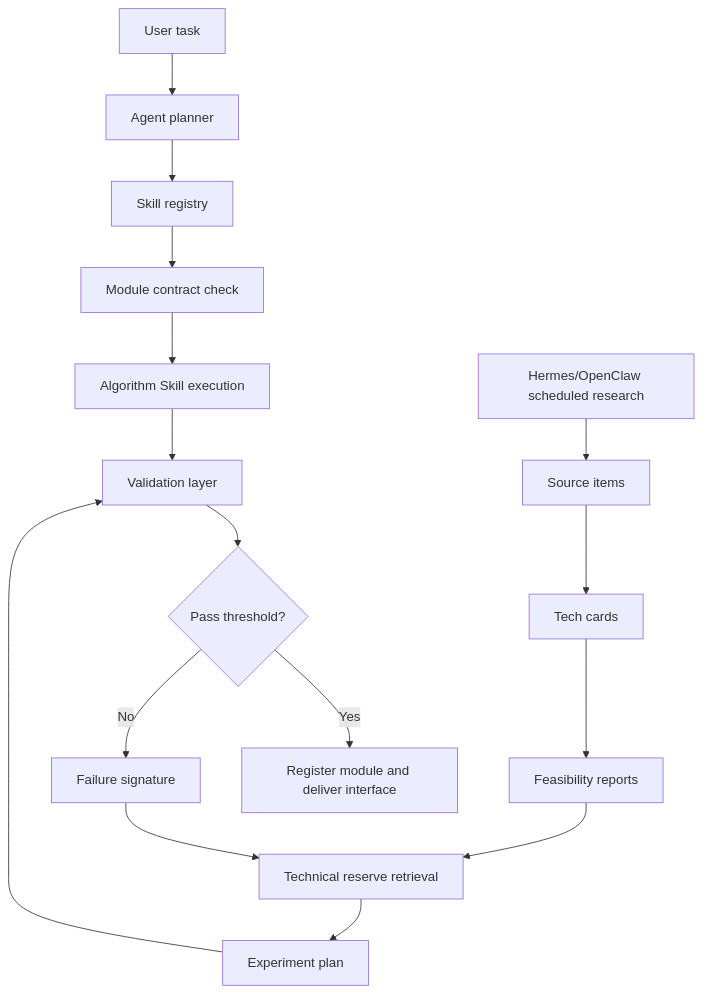
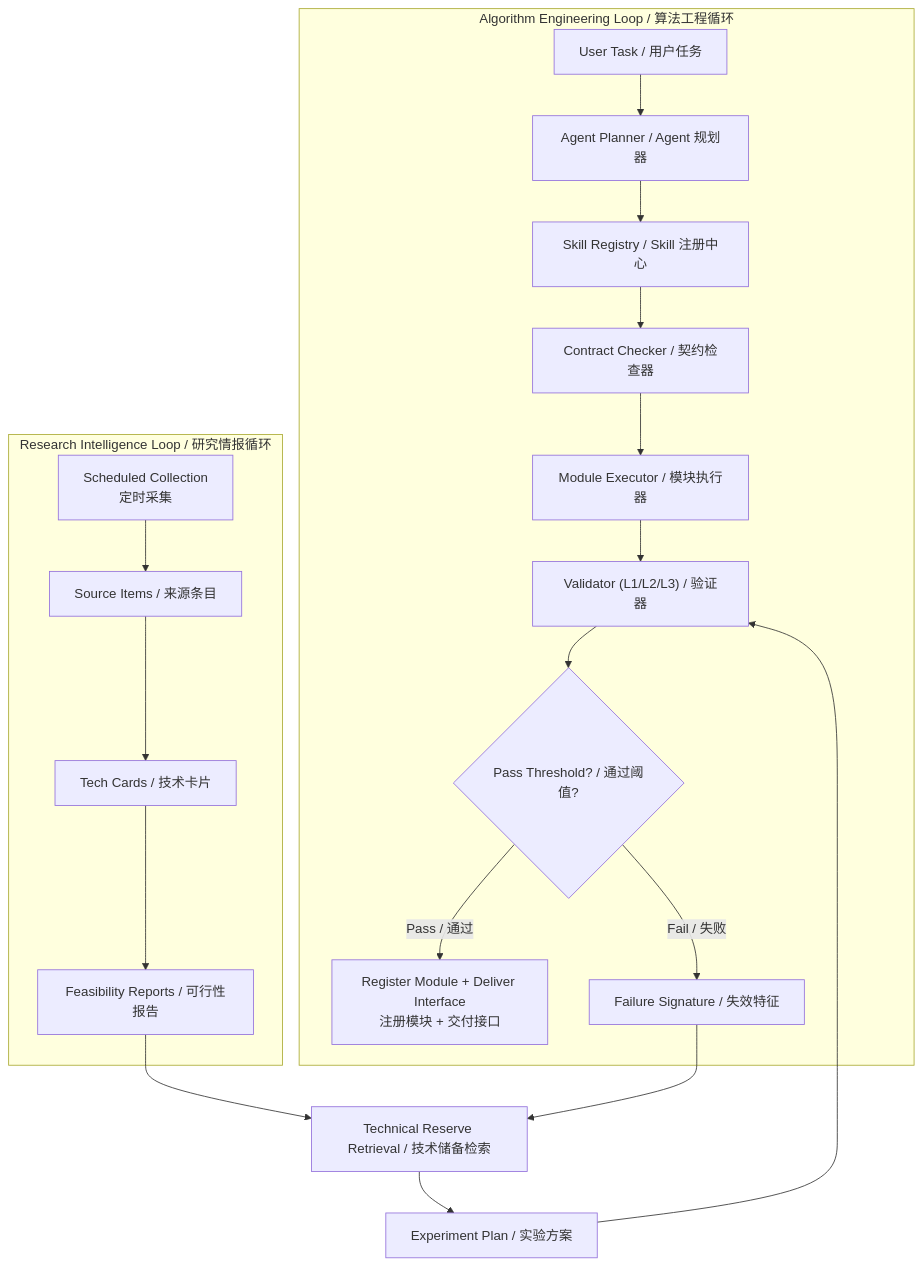
The first of 2 diagrams in projects/02-agent-skill-algorithm-system/README.md (Chouner/domain-ai-portfolio), drawn with Mermaid before and after one commit. The commit also changed other lines of this file and 18 other files, not shown here.

First line of the commit message:
Enhance portfolio: bilingual STAR rewrites + methodology + architecture diagrams

````diff
--- a/projects/02-agent-skill-algorithm-system/README.md
+++ b/projects/02-agent-skill-algorithm-system/README.md
@@ -24,18 +48,24 @@
 ```mermaid
 flowchart TD
-    A["User task"] --> B["Agent planner"]
-    B --> C["Skill registry"]
-    C --> D["Module contract check"]
-    D --> E["Algorithm Skill execution"]
-    E --> F["Validation layer"]
-    F --> G{"Pass threshold?"}
-    G -- "Yes" --> H["Register module and deliver interface"]
-    G -- "No" --> I["Failure signature"]
-    I --> J["Technical reserve retrieval"]
-    J --> K["Experiment plan"]
+    subgraph AL["Algorithm Engineering Loop / 算法工程循环"]
+        A["User Task / 用户任务"] --> B["Agent Planner / Agent 规划器"]
+        B --> C["Skill Registry / Skill 注册中心"]
+        C --> D["Contract Checker / 契约检查器"]
+        D --> E["Module Executor / 模块执行器"]
+        E --> F["Validator (L1/L2/L3) / 验证器"]
+        F --> G{"Pass Threshold? / 通过阈值?"}
+        G -- "Pass / 通过" --> H["Register Module + Deliver Interface<br>注册模块 + 交付接口"]
+        G -- "Fail / 失败" --> I["Failure Signature / 失效特征"]
+    end
+
+    subgraph RL["Research Intelligence Loop / 研究情报循环"]
+        L["Scheduled Collection<br>定时采集"] --> M["Source Items / 来源条目"]
+        M --> N["Tech Cards / 技术卡片"]
+        N --> O["Feasibility Reports / 可行性报告"]
+    end
+
+    I --> J["Technical Reserve Retrieval / 技术储备检索"]
+    O --> J
+    J --> K["Experiment Plan / 实验方案"]
     K --> F
-    L["Hermes/OpenClaw scheduled research"] --> M["Source items"]
-    M --> N["Tech cards"]
-    N --> O["Feasibility reports"]
-    O --> J
 ```
````
